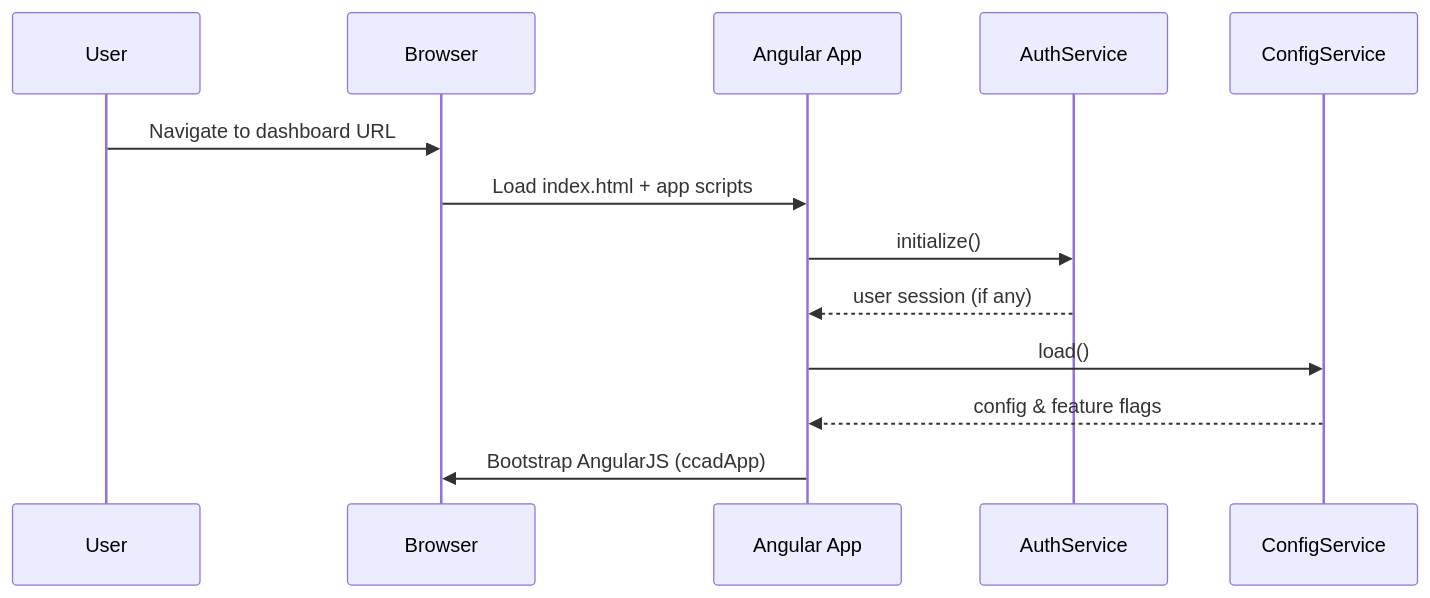
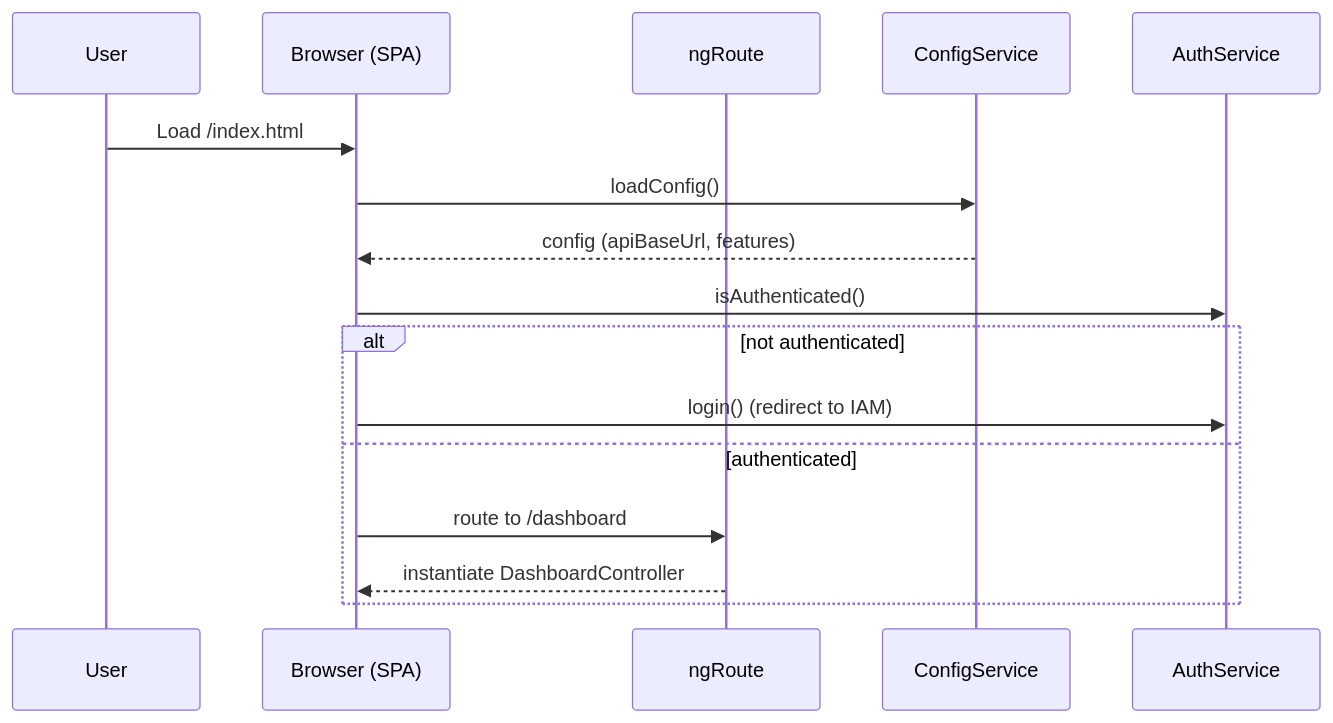
One commit to Davamani-git/APB_Demo changed the first of 4 diagrams in LLD/QE-3689_LLD.md. Above: the diagram before and after it, drawn with Mermaid. The commit also changed other lines of this file, not shown here.

````diff
--- a/LLD/QE-3689_LLD.md
+++ b/LLD/QE-3689_LLD.md
@@ -769,16 +763,19 @@
 ```mermaid
 sequenceDiagram
   participant U as User
-  participant B as Browser
-  participant App as Angular App
-  participant Auth as AuthService
-  participant Config as ConfigService
+  participant B as Browser (SPA)
+  participant R as ngRoute
+  participant C as ConfigService
+  participant A as AuthService
 
-  U->>B: Navigate to dashboard URL
-  B->>App: Load index.html + app scripts
-  App->>Auth: initialize()
-  Auth-->>App: user session (if any)
-  App->>Config: load()
-  Config-->>App: config & feature flags
-  App->>B: Bootstrap AngularJS (ccadApp)
+  U->>B: Load /index.html
+  B->>C: loadConfig()
+  C-->>B: config (apiBaseUrl, features)
+  B->>A: isAuthenticated()
+  alt not authenticated
+    B->>A: login() (redirect to IAM)
+  else authenticated
+    B->>R: route to /dashboard
+    R-->>B: instantiate DashboardController
+  end
 ```
````
